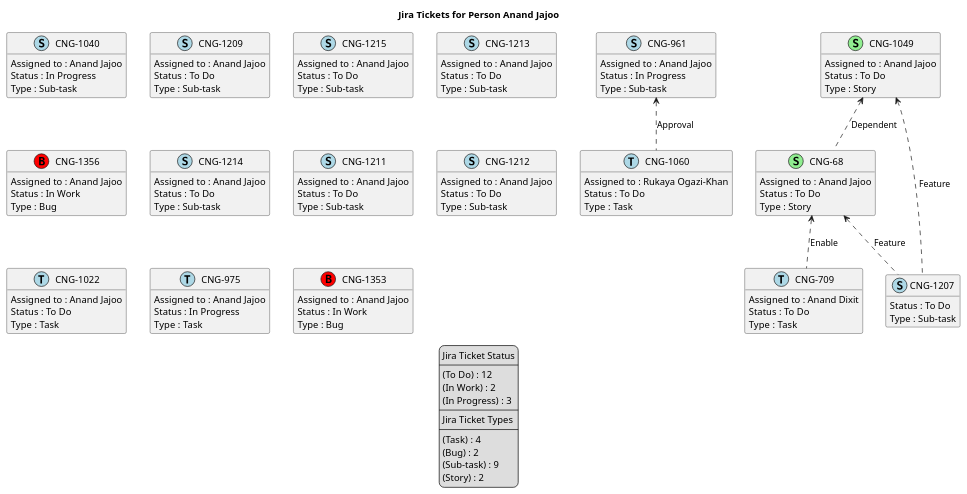
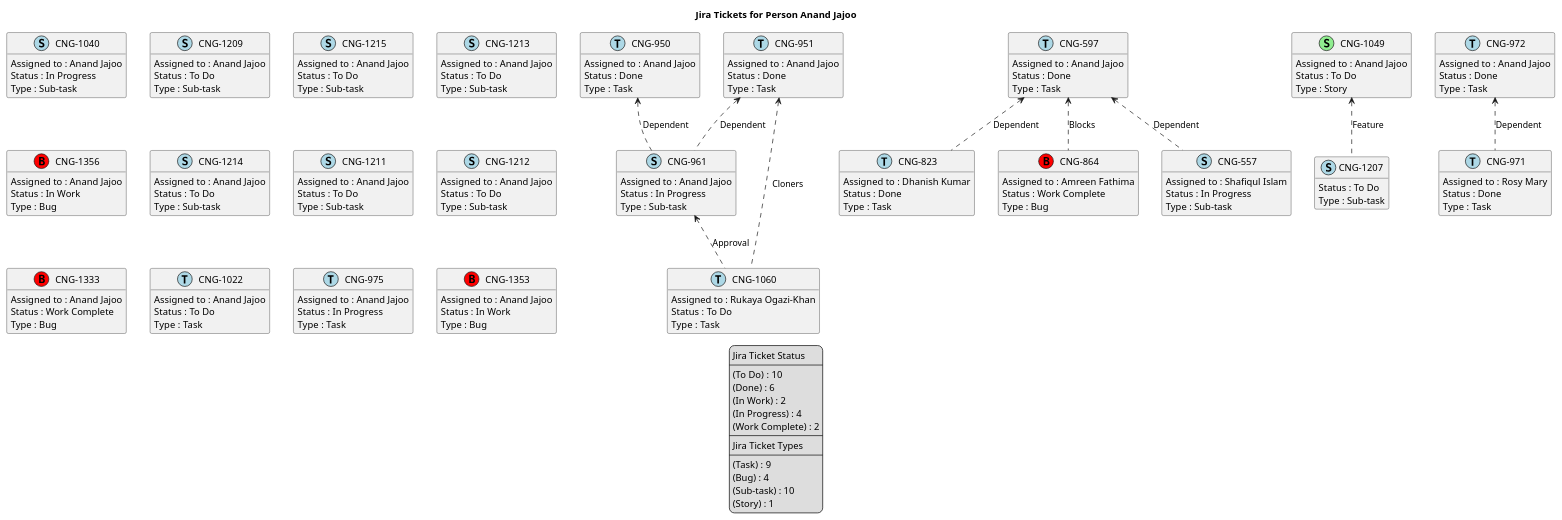
One commit to brunasti/jiraplotter changed the diagram in temp/jira-Person-Anand_Jajoo.puml. Above: the diagram before and after it, drawn with PlantUML. The commit also changed 175 other files, not shown here.

Commit message:
Regenerates all diagrams

```diff
--- a/temp/jira-Person-Anand_Jajoo.puml
+++ b/temp/jira-Person-Anand_Jajoo.puml
@@ -1,138 +1,186 @@
 @startuml
 'https://plantuml.com/class-diagram
 
 ' GENERATE CLASS DIAGRAM ===========
-' Generated at    : Thu Apr 18 11:01:10 CEST 2024
+' Generated at    : Thu Apr 18 11:50:48 CEST 2024
 
 title Jira Tickets for Person Anand Jajoo
 hide empty members
 
 legend
 Jira Ticket Status
 ----
-(To Do) : 12
+(To Do) : 10
+(Done) : 6
 (In Work) : 2
-(In Progress) : 3
+(In Progress) : 4
+(Work Complete) : 2
 ----
 Jira Ticket Types
 ----
-(Task) : 4
-(Bug) : 2
-(Sub-task) : 9
-(Story) : 2
+(Task) : 9
+(Bug) : 4
+(Sub-task) : 10
+(Story) : 1
 end legend
 
 
 ' Tickets =======
 class "CNG-1040" << (S,lightblue) >> {
   Assigned to : Anand Jajoo
   Status : In Progress
   Type : Sub-task
 }
 
 class "CNG-1060" << (T,lightblue) >> {
   Assigned to : Rukaya Ogazi-Khan
   Status : To Do
   Type : Task
 }
 
-class "CNG-68" << (S,lightgreen) >> {
-  Assigned to : Anand Jajoo
-  Status : To Do
-  Type : Story
+class "CNG-823" << (T,lightblue) >> {
+  Assigned to : Dhanish Kumar
+  Status : Done
+  Type : Task
 }
 
 class "CNG-1209" << (S,lightblue) >> {
   Assigned to : Anand Jajoo
   Status : To Do
   Type : Sub-task
-}
-
-class "CNG-709" << (T,lightblue) >> {
-  Assigned to : Anand Dixit
-  Status : To Do
-  Type : Task
 }
 
 class "CNG-1207" << (S,lightblue) >> {
   Status : To Do
   Type : Sub-task
 }
 
 class "CNG-1215" << (S,lightblue) >> {
   Assigned to : Anand Jajoo
   Status : To Do
   Type : Sub-task
 }
 
 class "CNG-1213" << (S,lightblue) >> {
   Assigned to : Anand Jajoo
   Status : To Do
   Type : Sub-task
+}
+
+class "CNG-972" << (T,lightblue) >> {
+  Assigned to : Anand Jajoo
+  Status : Done
+  Type : Task
+}
+
+class "CNG-950" << (T,lightblue) >> {
+  Assigned to : Anand Jajoo
+  Status : Done
+  Type : Task
 }
 
 class "CNG-961" << (S,lightblue) >> {
   Assigned to : Anand Jajoo
   Status : In Progress
   Type : Sub-task
 }
 
 class "CNG-1356" << (B,red) >> {
   Assigned to : Anand Jajoo
   Status : In Work
   Type : Bug
 }
 
 class "CNG-1214" << (S,lightblue) >> {
   Assigned to : Anand Jajoo
   Status : To Do
   Type : Sub-task
 }
 
+class "CNG-971" << (T,lightblue) >> {
+  Assigned to : Rosy Mary
+  Status : Done
+  Type : Task
+}
+
 class "CNG-1049" << (S,lightgreen) >> {
   Assigned to : Anand Jajoo
   Status : To Do
   Type : Story
+}
+
+class "CNG-597" << (T,lightblue) >> {
+  Assigned to : Anand Jajoo
+  Status : Done
+  Type : Task
 }
 
 class "CNG-1211" << (S,lightblue) >> {
   Assigned to : Anand Jajoo
   Status : To Do
   Type : Sub-task
 }
 
+class "CNG-864" << (B,red) >> {
+  Assigned to : Amreen Fathima
+  Status : Work Complete
+  Type : Bug
+}
+
 class "CNG-1212" << (S,lightblue) >> {
   Assigned to : Anand Jajoo
   Status : To Do
   Type : Sub-task
+}
+
+class "CNG-951" << (T,lightblue) >> {
+  Assigned to : Anand Jajoo
+  Status : Done
+  Type : Task
+}
+
+class "CNG-1333" << (B,red) >> {
+  Assigned to : Anand Jajoo
+  Status : Work Complete
+  Type : Bug
 }
 
 class "CNG-1022" << (T,lightblue) >> {
   Assigned to : Anand Jajoo
   Status : To Do
   Type : Task
 }
 
 class "CNG-975" << (T,lightblue) >> {
   Assigned to : Anand Jajoo
   Status : In Progress
   Type : Task
 }
 
+class "CNG-557" << (S,lightblue) >> {
+  Assigned to : Shafiqul Islam
+  Status : In Progress
+  Type : Sub-task
+}
+
 class "CNG-1353" << (B,red) >> {
   Assigned to : Anand Jajoo
   Status : In Work
   Type : Bug
 }
 
 
 
 ' Links =======
+"CNG-972" <.. "CNG-971" : Dependent
+"CNG-950" <.. "CNG-961" : Dependent
+"CNG-951" <.. "CNG-1060" : Cloners
+"CNG-951" <.. "CNG-961" : Dependent
 "CNG-961" <.. "CNG-1060" : Approval
-"CNG-68" <.. "CNG-709" : Enable
-"CNG-68" <.. "CNG-1207" : Feature
-"CNG-1049" <.. "CNG-68" : Dependent
 "CNG-1049" <.. "CNG-1207" : Feature
+"CNG-597" <.. "CNG-864" : Blocks
+"CNG-597" <.. "CNG-557" : Dependent
+"CNG-597" <.. "CNG-823" : Dependent
 
 
 @enduml
```
